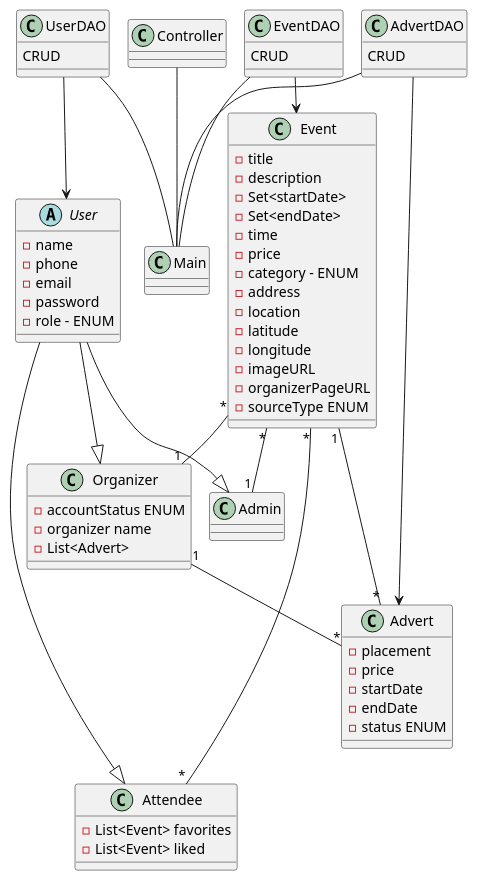
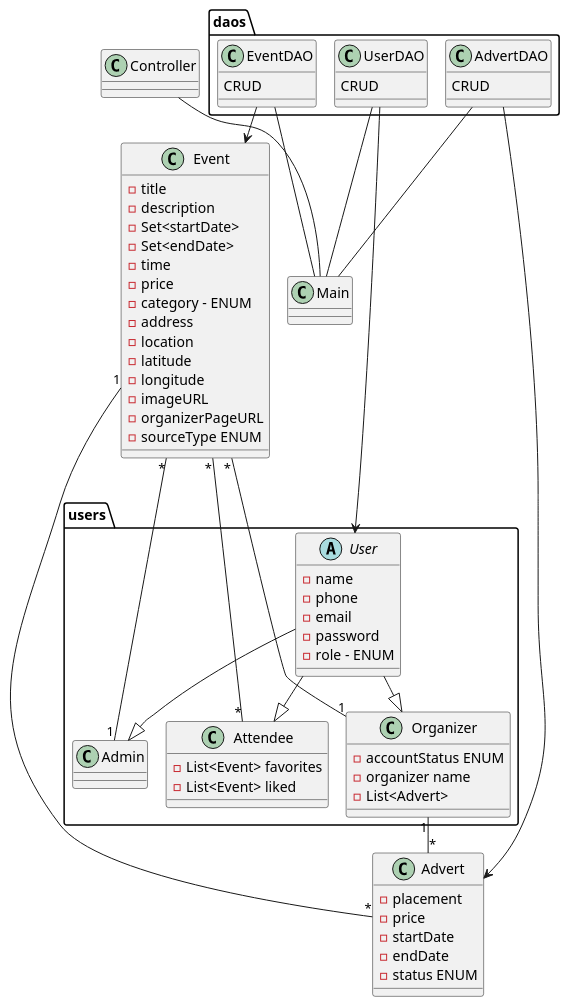
One commit to Tajan92/seeCphBackendAPI changed the diagram in docs/classDiagram.puml. Above: the diagram before and after it, drawn with PlantUML. The commit also changed 17 other files, not shown here.

```diff
--- a/docs/classDiagram.puml
+++ b/docs/classDiagram.puml
@@ -1,79 +1,83 @@
 @startuml
 !pragma layout smetana
+
+
 'https://plantuml.com/class-diagram
 class Main{}
+
+package users{
 abstract class User{
 - name
 - phone
 - email
 - password
 - role - ENUM
 }
+class Admin{}
+class Attendee{
+- List<Event> favorites
+- List<Event> liked
+}
 class Organizer{
 - accountStatus ENUM
 - organizer name
 - List<Advert>
-
 }
-class Admin{}
-class Attendee{
-- List<Event> favorites
-- List<Event> liked
 }
 
 User --|> Organizer
 User --|> Admin
 User --|> Attendee
 
 class Event {
 - title
 - description
 - Set<startDate>
 - Set<endDate>
 - time
 - price
 - category - ENUM
 - address
 - location
 - latitude
 - longitude
 - imageURL
 - organizerPageURL
 - sourceType ENUM
 }
 
 Event "*"----"*" Attendee
 Event "*"--"1" Admin
 Event "*"--"1" Organizer
 Event "1"--"*" Advert
 
 class Advert{
 - placement
 - price
 - startDate
 - endDate
 - status ENUM
 }
 Organizer "1" -- "*" Advert
 class Controller{}
 Controller -- Main
+package daos{
 class EventDAO{
 CRUD
 }
 EventDAO --> Event
 EventDAO -- Main
 
 class UserDAO{
 CRUD
 }
 UserDAO --> User
 UserDAO -- Main
 
 class AdvertDAO{
 CRUD
 }
 AdvertDAO --> Advert
 AdvertDAO -- Main
-
-
+}
 @enduml
```
